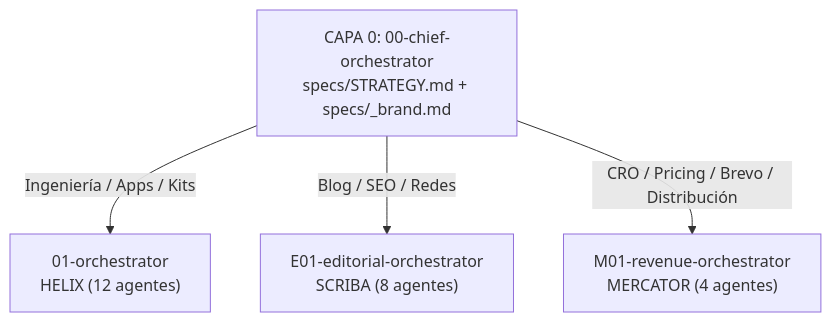
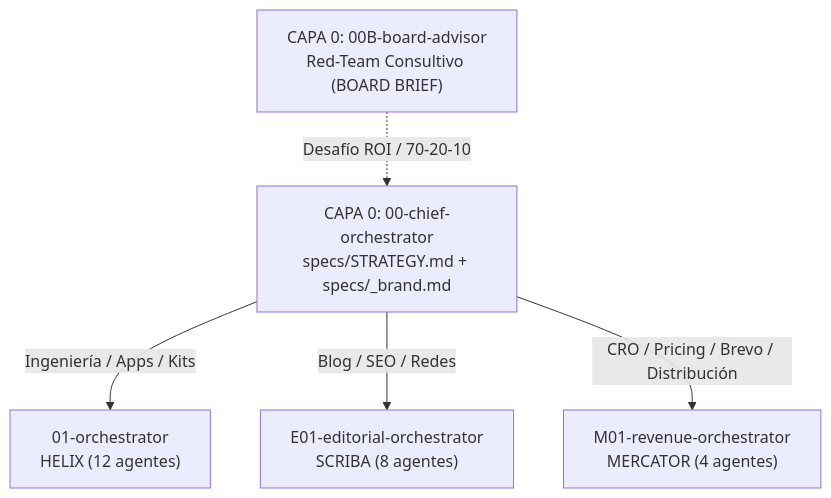
The diagram in specs/squad-os/README.md (Dalaez/datalaria-website), drawn with Mermaid before and after one commit. The commit also changed other lines of this file and 35 other files, not shown here.

Commit message:
feat(os,mercator): integrate 00B-board-advisor (ADR-035), dual-layer telemetry, UPGRADE20 & LS webhook (Hitos 9.4b-9.5)

````diff
--- a/specs/squad-os/README.md
+++ b/specs/squad-os/README.md
@@ -9,10 +9,12 @@
 ```mermaid
 flowchart TD
     L0["CAPA 0: 00-chief-orchestrator\nspecs/STRATEGY.md + specs/_brand.md"]
+    B0["CAPA 0: 00B-board-advisor\nRed-Team Consultivo (BOARD BRIEF)"]
     H01["01-orchestrator\nHELIX (12 agentes)"]
     E01["E01-editorial-orchestrator\nSCRIBA (8 agentes)"]
     M01["M01-revenue-orchestrator\nMERCATOR (4 agentes)"]
+    B0 -.->|"Desafío ROI / 70-20-10"| L0
     L0 -->|"Ingeniería / Apps / Kits"| H01
     L0 -->|"Blog / SEO / Redes"| E01
     L0 -->|"CRO / Pricing / Brevo / Distribución"| M01
 ```
````
